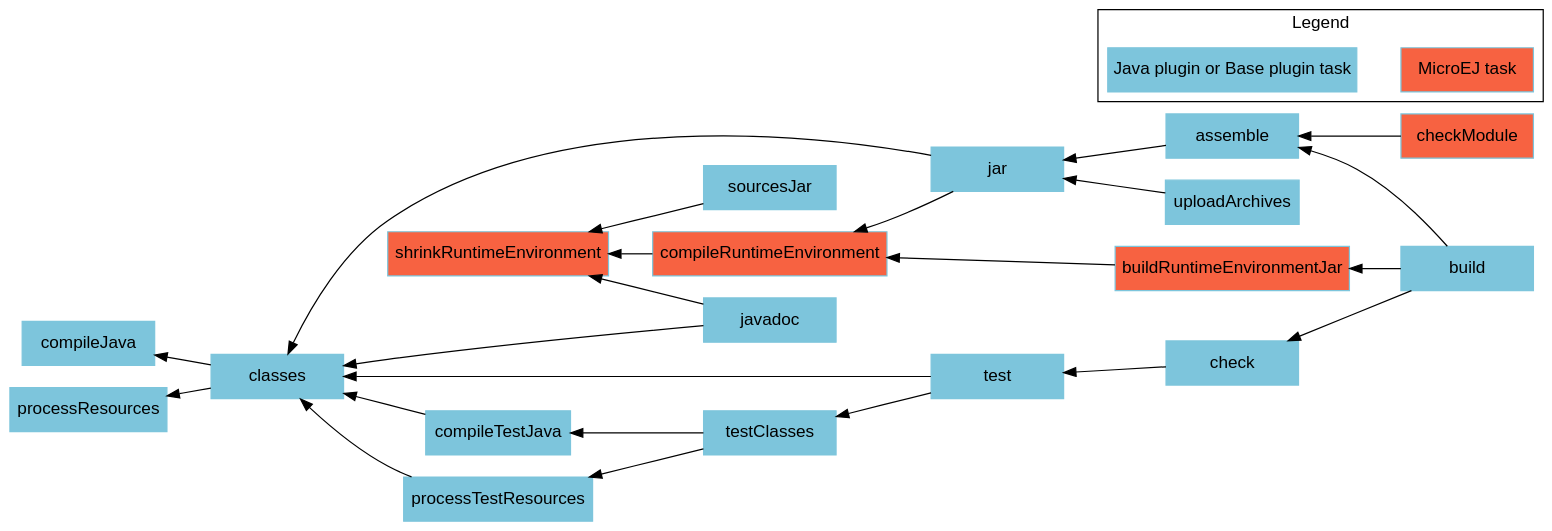
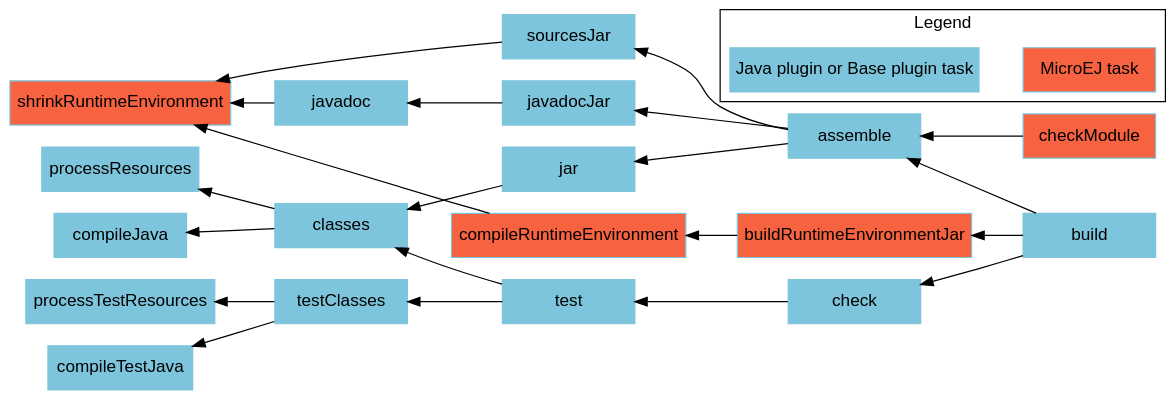
The diagram in SDK6UserGuide/graphRuntimeEnvironmentModule.dot (MicroEJ/docs), drawn with Graphviz before and after one commit. The commit also changed 5 other files, not shown here.

Commit message:
Update graphviz graphs for sdk6 module natures

```diff
--- a/SDK6UserGuide/graphRuntimeEnvironmentModule.dot
+++ b/SDK6UserGuide/graphRuntimeEnvironmentModule.dot
@@ -1,47 +1,45 @@
 digraph mygraph {
     rankdir="RL";
     bgcolor="transparent"
     fontname="Helvetica,Arial,sans-serif"
     node [
         shape = box
         width = 1.5
         color = "#7dc5dc"
         style = filled
         fontname="Helvetica,Arial,sans-serif"
     ]
     edge [fontname="Helvetica,Arial,sans-serif"]
     "checkModule" [fillcolor = "#f76241"]
     "buildRuntimeEnvironmentJar" [fillcolor = "#f76241"]
     "compileRuntimeEnvironment" [fillcolor = "#f76241"]
     "shrinkRuntimeEnvironment" [fillcolor = "#f76241"]
+    "build" -> "assemble"
     "build" -> "check"
+    "build" -> "buildRuntimeEnvironmentJar"
+    "assemble" -> "jar"
+    "assemble" -> "javadocJar"
+    "assemble" -> "sourcesJar"
+    "javadocJar" -> "javadoc"
+    "javadoc" -> "shrinkRuntimeEnvironment"
+    "sourcesJar" -> "shrinkRuntimeEnvironment"
+    "buildRuntimeEnvironmentJar" -> "compileRuntimeEnvironment"
+    "compileRuntimeEnvironment" -> "shrinkRuntimeEnvironment"
+    "jar" -> "classes"
+    "classes" -> "compileJava"
+    "classes" -> "processResources"
     "check" -> "test"
+    "test" -> "testClasses"
     "test" -> "classes"
-    "test" -> "testClasses"
     "testClasses" -> "compileTestJava"
     "testClasses" -> "processTestResources"
-    "processTestResources" -> "classes"
-    "compileTestJava" -> "classes"
-    "javadoc" -> "classes"
-    "classes" -> "compileJava"
-    "classes" -> "processResources"
-    "build" -> "assemble"
-    "assemble" -> "jar"
-    "uploadArchives" -> "jar"
-    "jar" -> "classes"
     "checkModule" -> "assemble"
-    "javadoc" -> "shrinkRuntimeEnvironment"
-    "sourcesJar" -> "shrinkRuntimeEnvironment"
-    "compileRuntimeEnvironment" -> "shrinkRuntimeEnvironment"
-    "jar" -> "compileRuntimeEnvironment"
-    "buildRuntimeEnvironmentJar" -> "compileRuntimeEnvironment"
-    "build" -> "buildRuntimeEnvironmentJar"
 
     subgraph cluster_legend {
         label="Legend";
         microej [fillcolor="#f76241" label="MicroEJ task"];
         java [fillcolor="#7dc5dc" label="Java plugin or Base plugin task"];
         microej -> java [style=invis];
         java -> microej [style=invis];
     }
 }
```
